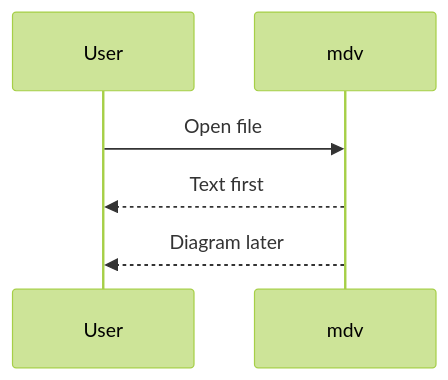
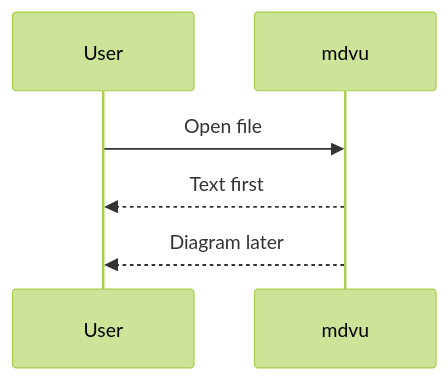
Before and after one commit to stpork/mdvu: the diagram in Tests/Fixtures/kitchen-sink-small.md, drawn with Mermaid (forest theme). The commit also changed other lines of this file and 51 other files, not shown here.

````diff
--- a/Tests/Fixtures/kitchen-sink-small.md
+++ b/Tests/Fixtures/kitchen-sink-small.md
@@ -19,6 +19,6 @@
 ```mermaid
 sequenceDiagram
-  User->>mdv: Open file
-  mdv-->>User: Text first
-  mdv-->>User: Diagram later
+  User->>mdvu: Open file
+  mdvu-->>User: Text first
+  mdvu-->>User: Diagram later
 ```
````
